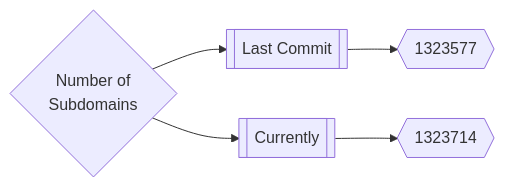
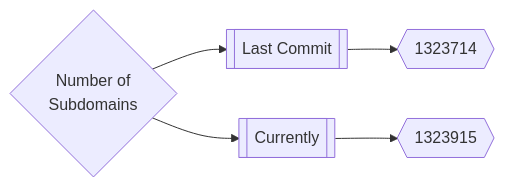
One commit to trickest/inventory changed the first of 3 diagrams in README.md. Above: the diagram before and after it, drawn with Mermaid. The commit also changed other lines of this file, not shown here.

Commit message:
Update Tue Apr  5 16:13:08 UTC 2022

````diff
--- a/README.md
+++ b/README.md
@@ -165,5 +165,5 @@
 ```mermaid
 graph LR
-title{Number of<br>Subdomains} --> subdomainsDate1[[Last Commit]] --> subdomainsNum1{{1323577}}
-title --> subdomainsDate2[[Currently]] --> subdomainsNum2{{1323714}}
+title{Number of<br>Subdomains} --> subdomainsDate1[[Last Commit]] --> subdomainsNum1{{1323714}}
+title --> subdomainsDate2[[Currently]] --> subdomainsNum2{{1323915}}
 ```
````
